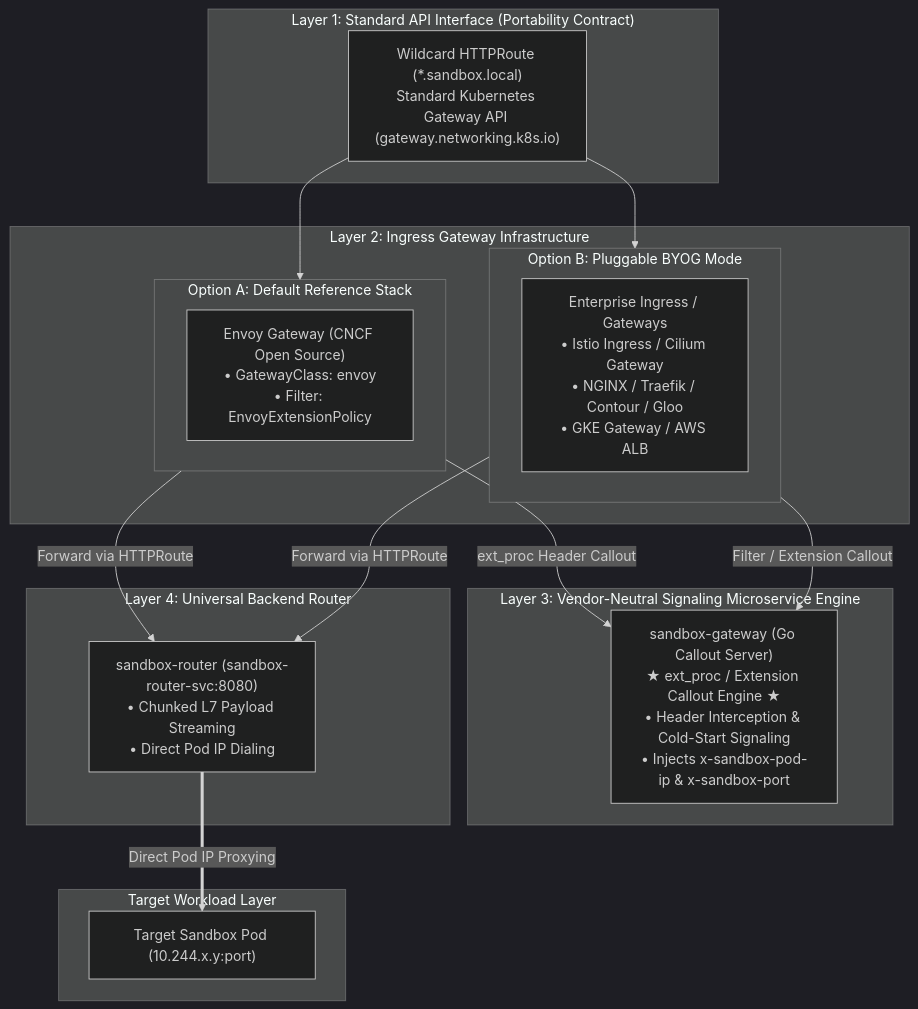
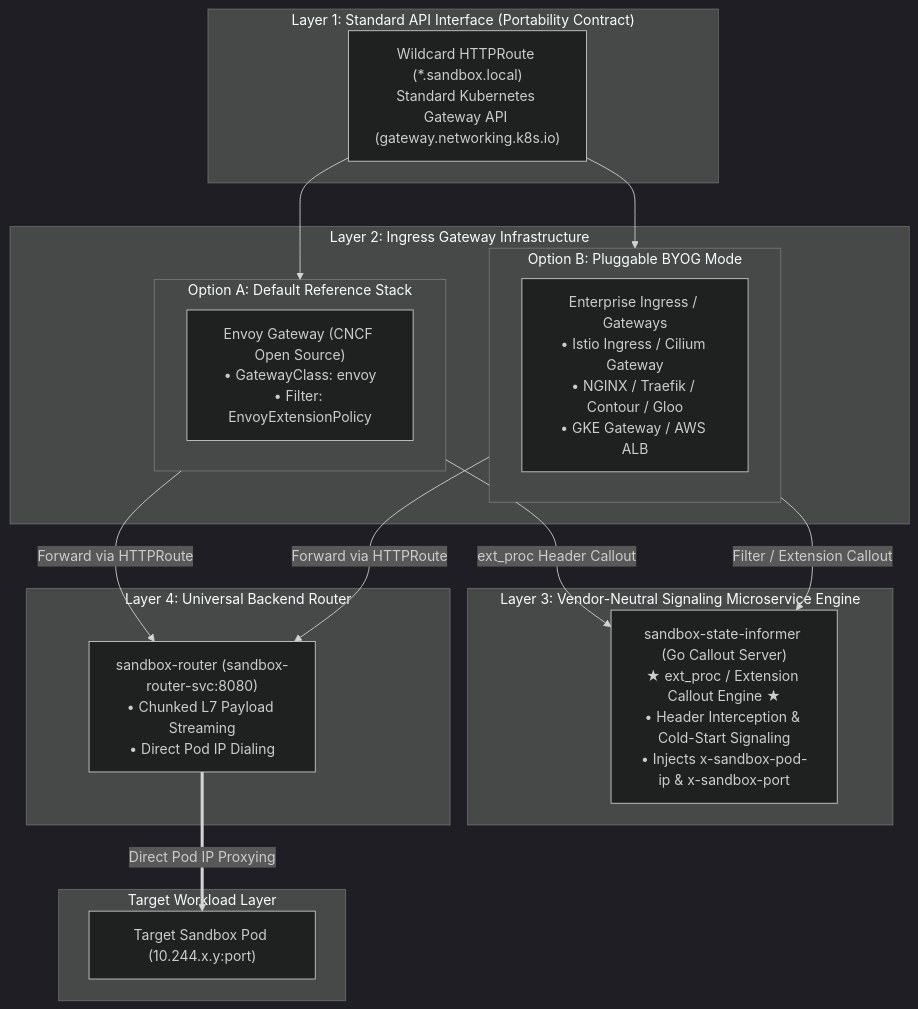
Before and after one commit to kubernetes-sigs/agent-sandbox: the first of 3 diagrams in docs/keps/1174-agent-sandbox-gateway/README.md, drawn with Mermaid (dark theme). The commit also changed other lines of this file and 7 other files, not shown here.

Commit message:
Update name from sandbox-gateway to sandbox-state-informer.

````diff
--- a/docs/keps/1174-agent-sandbox-gateway/README.md
+++ b/docs/keps/1174-agent-sandbox-gateway/README.md
@@ -92,39 +92,39 @@
 ```mermaid
 flowchart TB
     subgraph Routing["Layer 1: Standard API Interface (Portability Contract)"]
         HTTPRoute["Wildcard HTTPRoute (*.sandbox.local)<br/>Standard Kubernetes Gateway API (gateway.networking.k8s.io)"]
     end
 
     subgraph Infrastructure["Layer 2: Ingress Gateway Infrastructure"]
         subgraph OptionA["Option A: Default Reference Stack"]
             EnvoyGateway["Envoy Gateway (CNCF Open Source)<br/>• GatewayClass: envoy<br/>• Filter: EnvoyExtensionPolicy"]
         end
 
         subgraph OptionB["Option B: Pluggable BYOG Mode"]
             EnterpriseGateway["Enterprise Ingress / Gateways<br/>• Istio Ingress / Cilium Gateway<br/>• NGINX / Traefik / Contour / Gloo<br/>• GKE Gateway / AWS ALB"]
         end
     end
 
     subgraph ServiceEngine["Layer 3: Vendor-Neutral Signaling Microservice Engine"]
-        CalloutService["sandbox-gateway (Go Callout Server)<br/>★ ext_proc / Extension Callout Engine ★<br/>• Header Interception & Cold-Start Signaling<br/>• Injects x-sandbox-pod-ip & x-sandbox-port"]
+        CalloutService["sandbox-state-informer (Go Callout Server)<br/>★ ext_proc / Extension Callout Engine ★<br/>• Header Interception & Cold-Start Signaling<br/>• Injects x-sandbox-pod-ip & x-sandbox-port"]
     end
 
     subgraph RouterLayer["Layer 4: Universal Backend Router"]
         SandboxRouter["sandbox-router (sandbox-router-svc:8080)<br/>• Chunked L7 Payload Streaming<br/>• Direct Pod IP Dialing"]
     end
 
     subgraph Workload["Target Workload Layer"]
         SandboxPod["Target Sandbox Pod (10.244.x.y:port)"]
     end
 
     HTTPRoute --> OptionA
     HTTPRoute --> OptionB
 
     OptionA -->|"ext_proc Header Callout"| CalloutService
     OptionB -->|"Filter / Extension Callout"| CalloutService
 
     OptionA -->|"Forward via HTTPRoute"| SandboxRouter
     OptionB -->|"Forward via HTTPRoute"| SandboxRouter
 
     SandboxRouter ==>|"Direct Pod IP Proxying"| SandboxPod
 ```
````
